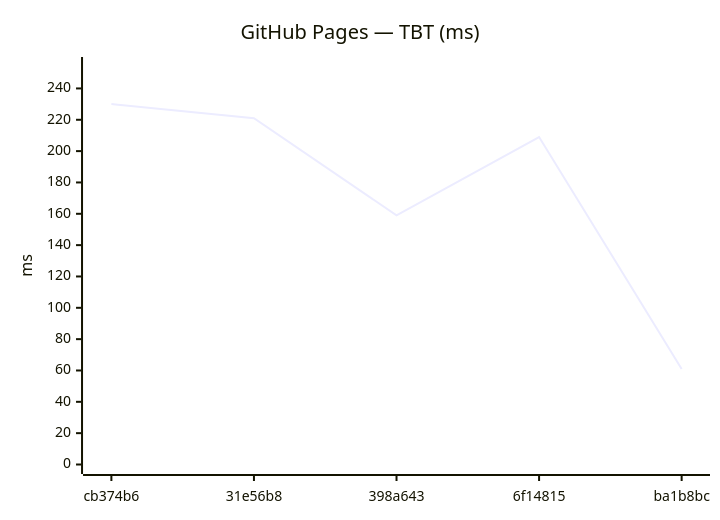
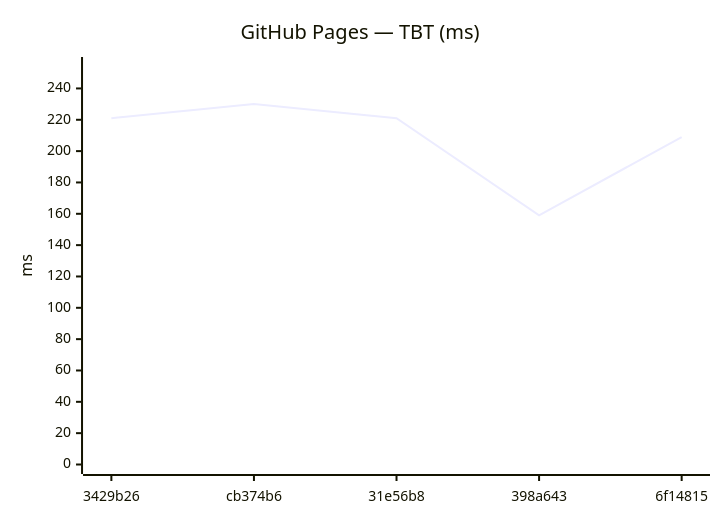
One commit to Metaheurist/Rianell changed the tenth of 18 diagrams in benchmarks/compare.md. Above: the diagram before and after it, drawn with Mermaid. The commit also changed other lines of this file and 11 other files, not shown here.

````diff
--- a/benchmarks/compare.md
+++ b/benchmarks/compare.md
@@ -149,7 +149,7 @@
 ```mermaid
 xychart-beta
     title "GitHub Pages — TBT (ms)"
-    x-axis ["cb374b6", "31e56b8", "398a643", "6f14815", "ba1b8bc"]
+    x-axis ["3429b26", "cb374b6", "31e56b8", "398a643", "6f14815"]
     y-axis "ms" 0 --> 254
-    line [230, 221, 159, 209, 61]
+    line [221, 230, 221, 159, 209]
 ```
````
